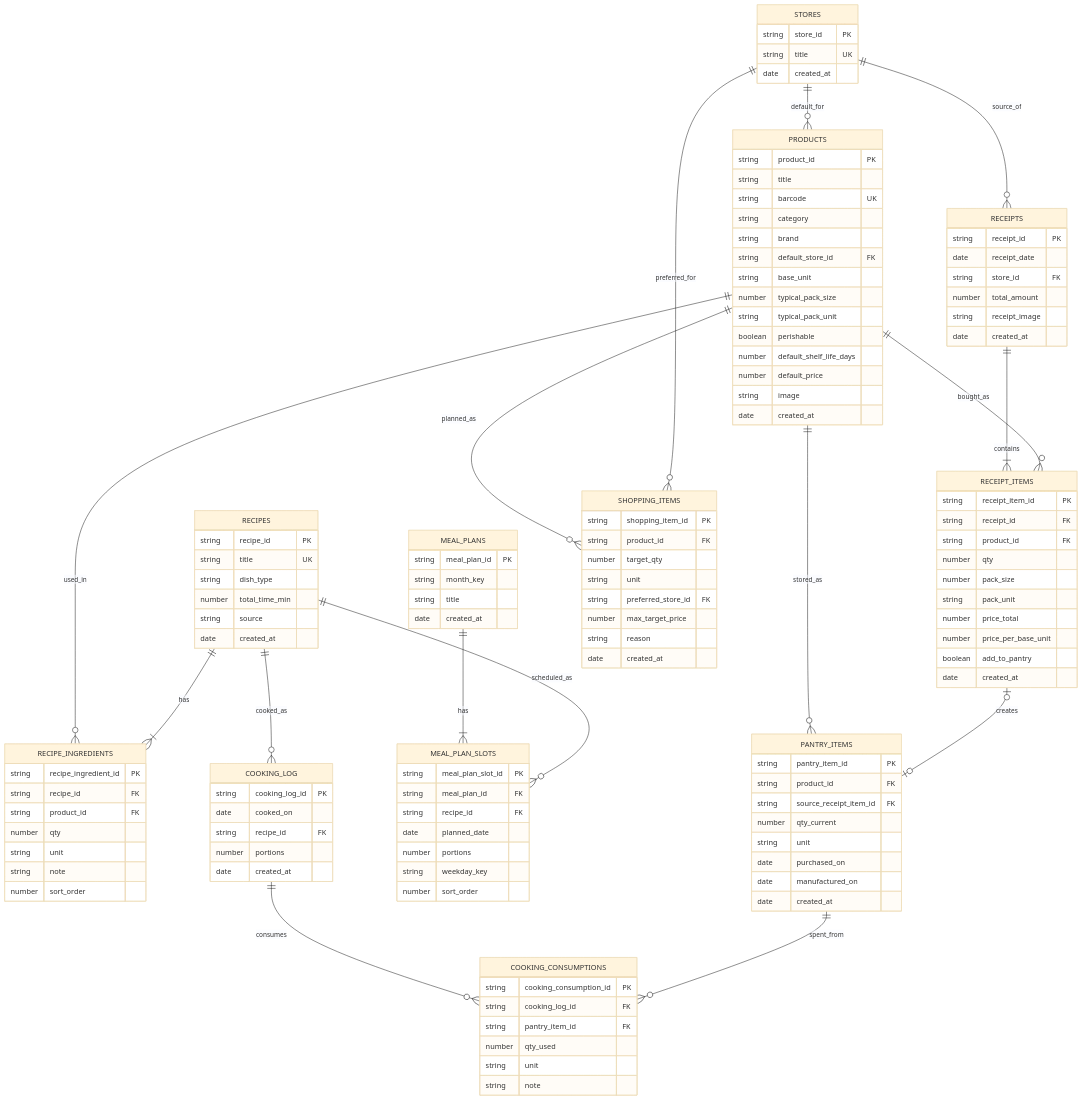
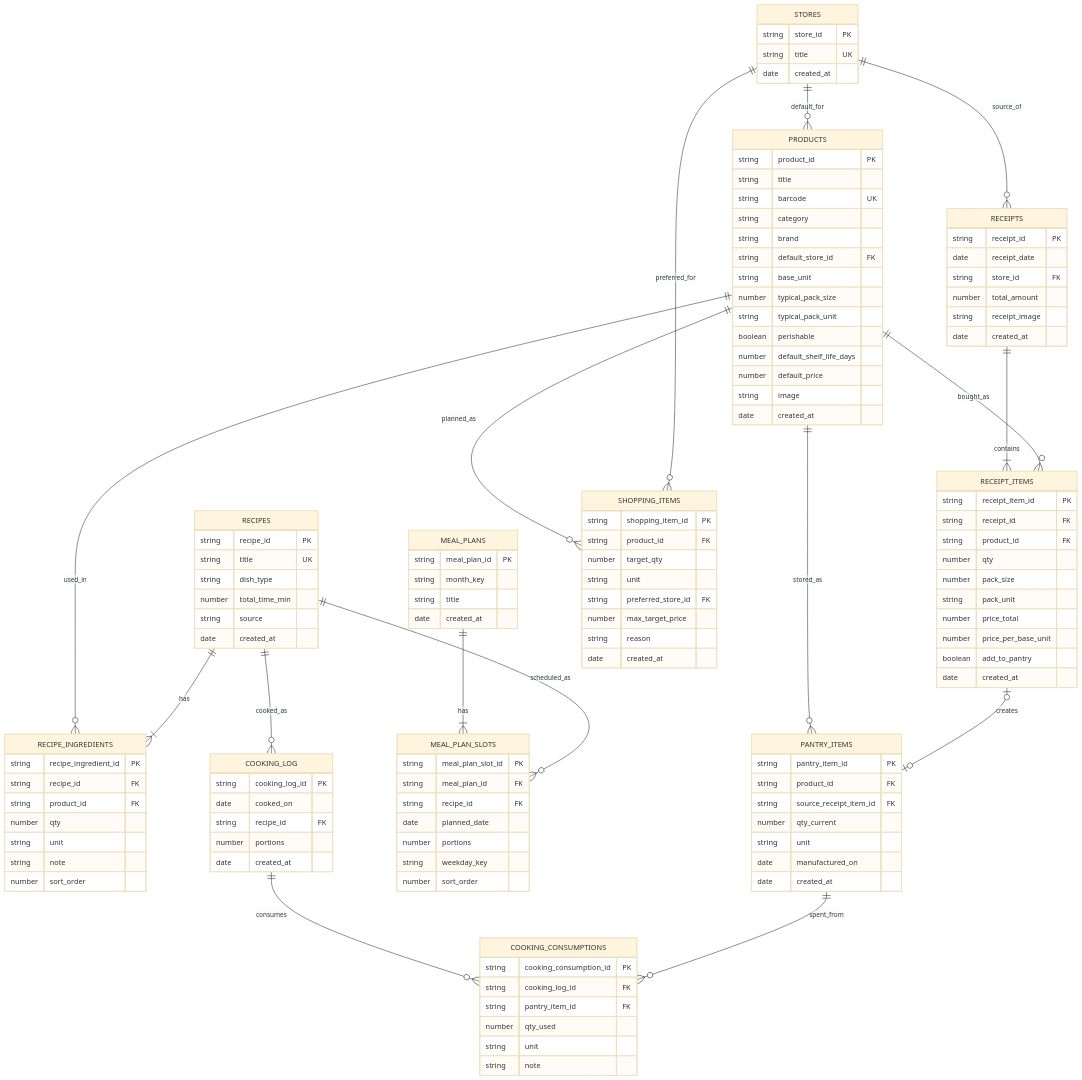
One commit to smeryse/Knowledge-Base changed the diagram in Projects/Кухня/Docs/Schema.md. Above: the diagram before and after it, drawn with Mermaid (base theme). The commit also changed other lines of this file and 87 other files, not shown here.

```diff
--- a/Projects/Кухня/Docs/Schema.md
+++ b/Projects/Кухня/Docs/Schema.md
@@ -125,7 +125,6 @@
         string source_receipt_item_id FK
         number qty_current
         string unit
-        date purchased_on
         date manufactured_on
         date created_at
     }
```
